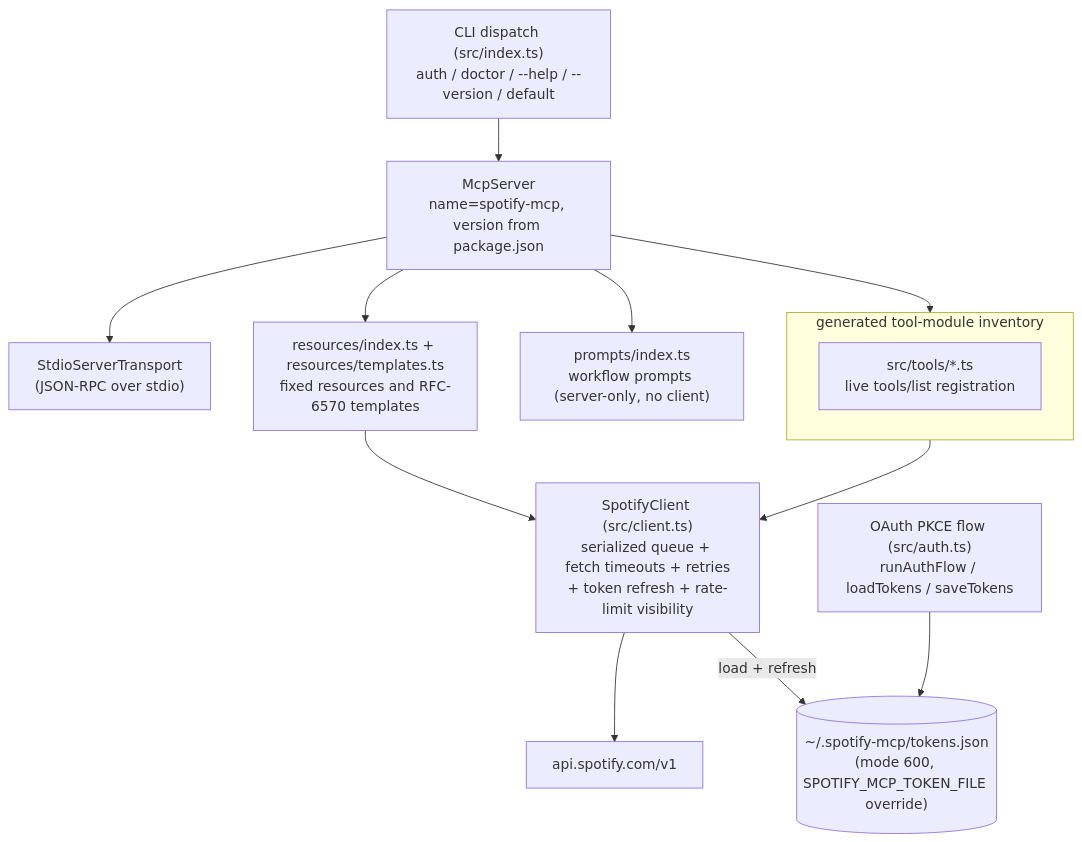
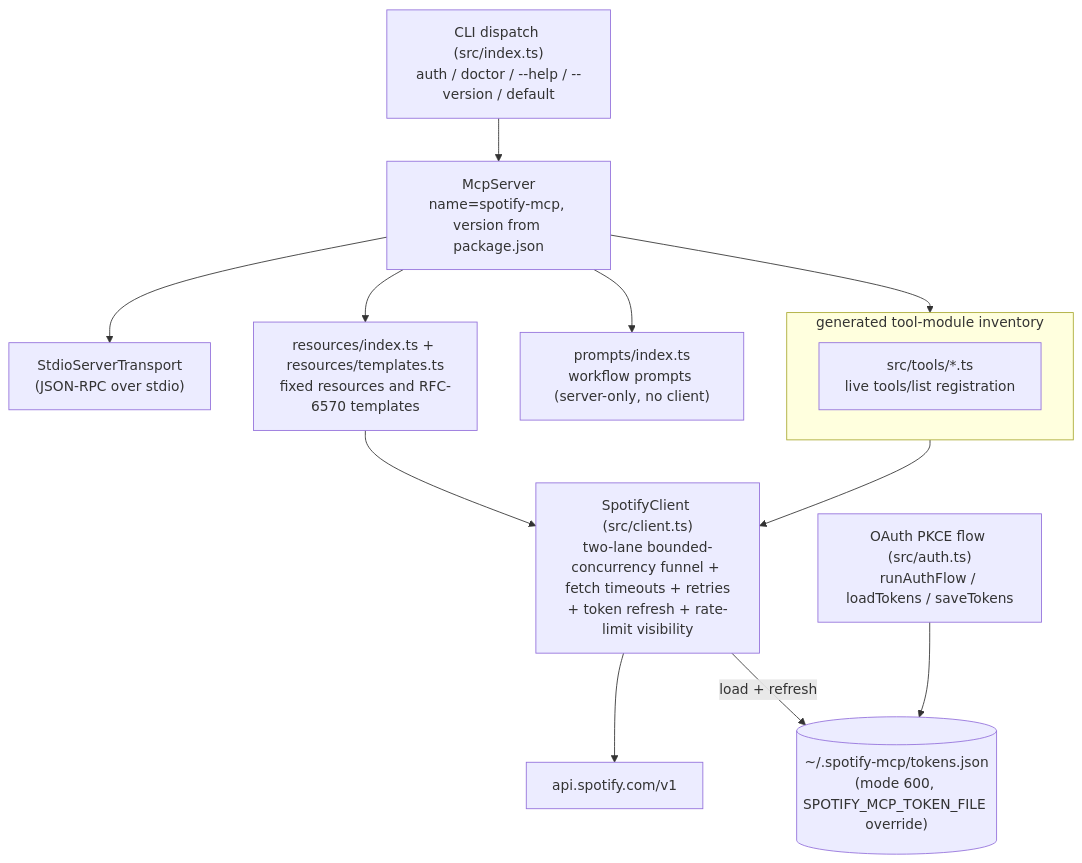
Before and after one commit to NovaLux12/spotify-mcp-server: the first of 3 diagrams in ARCHITECTURE.md, drawn with Mermaid. The commit also changed other lines of this file and 4 other files, not shown here.

````diff
--- a/ARCHITECTURE.md
+++ b/ARCHITECTURE.md
@@ -7,19 +7,19 @@
 ```mermaid
 flowchart TD
     CLI["CLI dispatch (src/index.ts)<br/>auth / doctor / --help / --version / default"] --> MCP["McpServer<br/>name=spotify-mcp, version from package.json"]
     MCP --> T["StdioServerTransport<br/>(JSON-RPC over stdio)"]
 
     subgraph REG["generated tool-module inventory"]
         REGISTRY["src/tools/*.ts<br/>live tools/list registration"]
     end
     MCP --> REG
 
     MCP --> RES["resources/index.ts + resources/templates.ts<br/>fixed resources and RFC-6570 templates"]
     MCP --> PRM["prompts/index.ts<br/>workflow prompts (server-only, no client)"]
 
     REG --> C
     RES --> C
-    C["SpotifyClient (src/client.ts)<br/>serialized queue + fetch timeouts + retries<br/>+ token refresh + rate-limit visibility"] --> API["api.spotify.com/v1"]
+    C["SpotifyClient (src/client.ts)<br/>two-lane bounded-concurrency funnel + fetch timeouts + retries<br/>+ token refresh + rate-limit visibility"] --> API["api.spotify.com/v1"]
     AUTH["OAuth PKCE flow (src/auth.ts)<br/>runAuthFlow / loadTokens / saveTokens"] --> TOK[("~/.spotify-mcp/tokens.json<br/>(mode 600, SPOTIFY_MCP_TOKEN_FILE override)")]
     C -- "load + refresh" --> TOK
 ```
````
